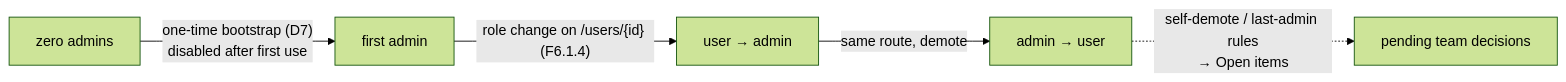
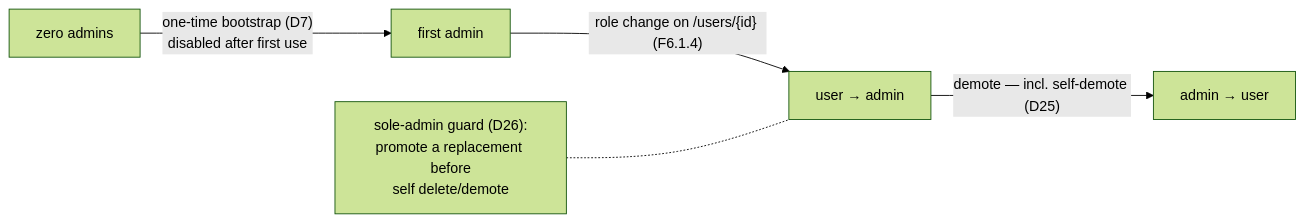
The eighth of 9 diagrams in docs/d2-design.md (AY2627S1-CS3219-P23/foc), drawn with Mermaid (forest theme) before and after one commit. The commit also changed other lines of this file and 3 other files, not shown here.

First line of the commit message:
docs: inline option comparisons per section, drop Open items

````diff
--- a/docs/d2-design.md
+++ b/docs/d2-design.md
@@ -306,7 +362,7 @@
 ```mermaid
 flowchart LR
     Z["zero admins"] -->|"one-time bootstrap (D7)<br/>disabled after first use"| FA["first admin"]
     FA -->|"role change on /users/{id} (F6.1.4)"| PR["user → admin"]
-    PR -->|"same route, demote"| DM["admin → user"]
-    DM -.->|"self-demote / last-admin rules<br/>→ Open items"| OI["pending team decisions"]
+    PR -->|"demote — incl. self-demote (D25)"| DM["admin → user"]
+    G["sole-admin guard (D26):<br/>promote a replacement before<br/>self delete/demote"] -.- PR
 ```
````
